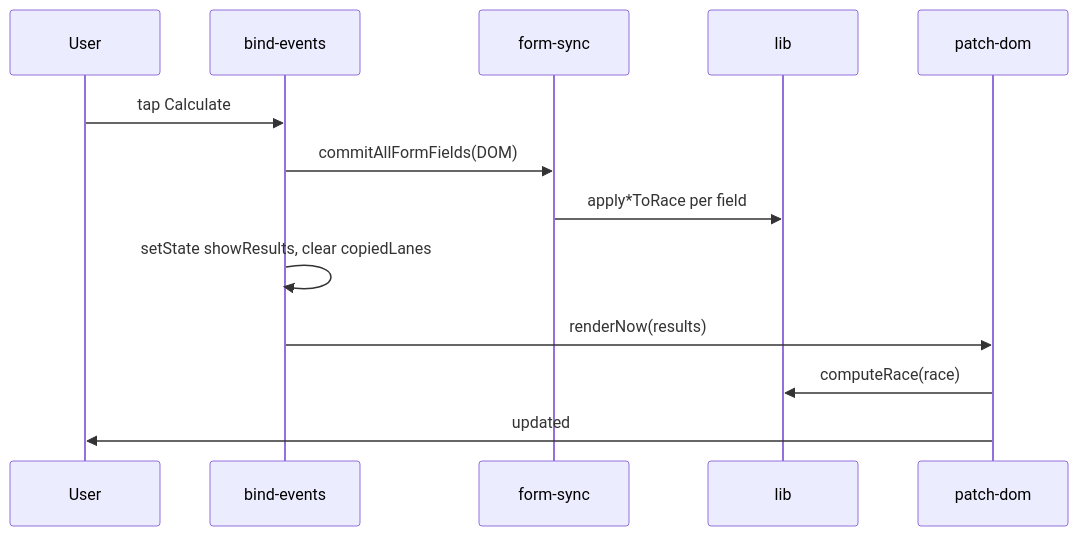
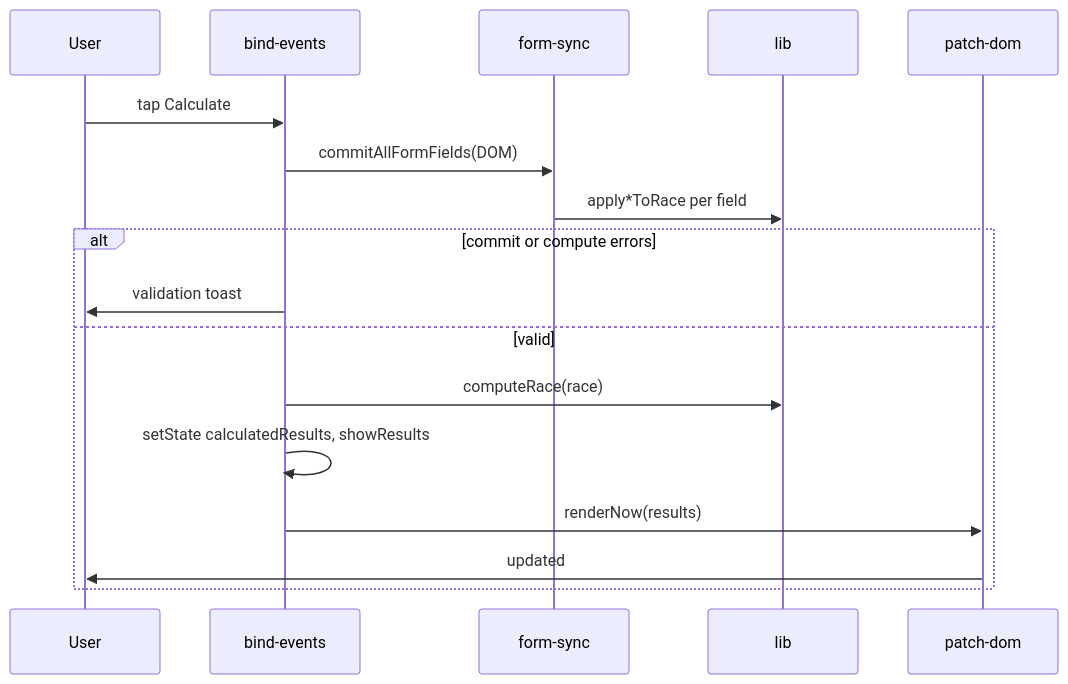
One commit to foobits/crew-timing changed the diagram in docs/architecture.md. Above: the diagram before and after it, drawn with Mermaid. The commit also changed other lines of this file and 24 other files, not shown here.

````diff
--- a/docs/architecture.md
+++ b/docs/architecture.md
@@ -131,16 +137,20 @@
 ```mermaid
 sequenceDiagram
   participant User
   participant bind-events
   participant form-sync
   participant lib
   participant patch-dom
 
   User->>bind-events: tap Calculate
   bind-events->>form-sync: commitAllFormFields(DOM)
   form-sync->>lib: apply*ToRace per field
-  bind-events->>bind-events: setState showResults, clear copiedLanes
-  bind-events->>patch-dom: renderNow(results)
-  patch-dom->>lib: computeRace(race)
-  patch-dom->>User: updated #results-card
+  alt commit or compute errors
+    bind-events->>User: validation toast
+  else valid
+    bind-events->>lib: computeRace(race)
+    bind-events->>bind-events: setState calculatedResults, showResults
+    bind-events->>patch-dom: renderNow(results)
+    patch-dom->>User: updated #results-card
+  end
 ```
````
